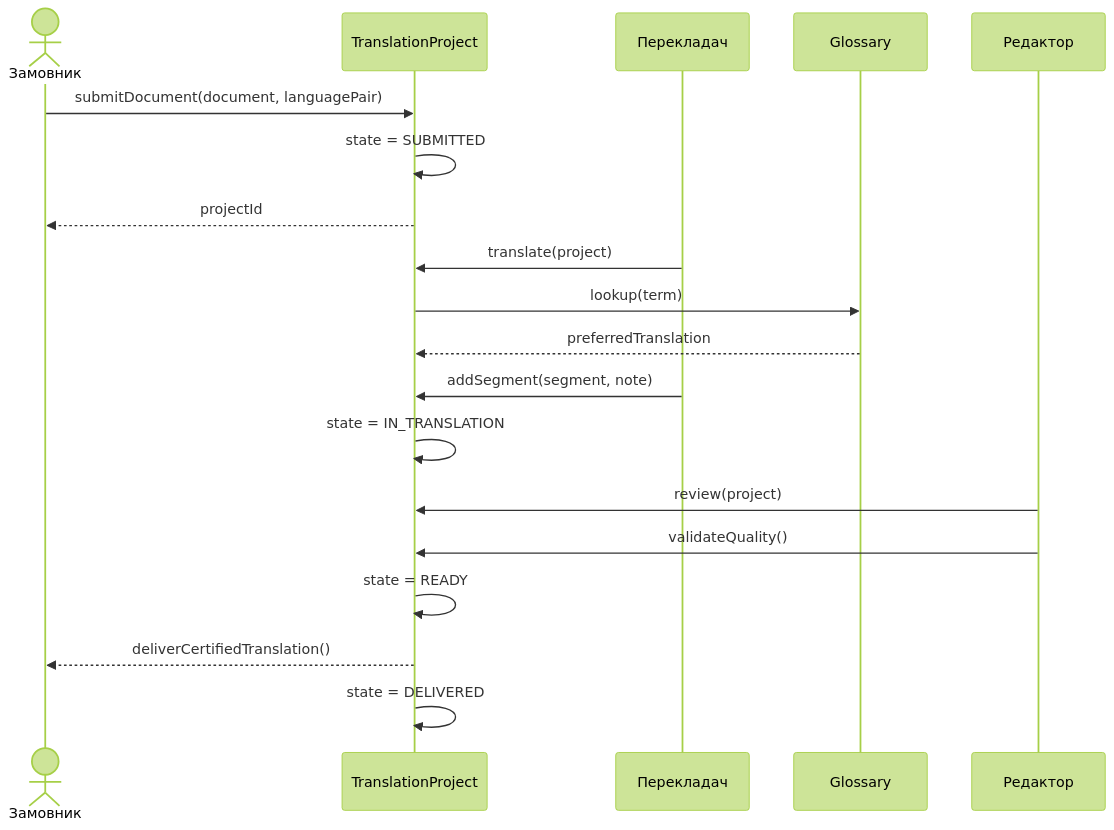
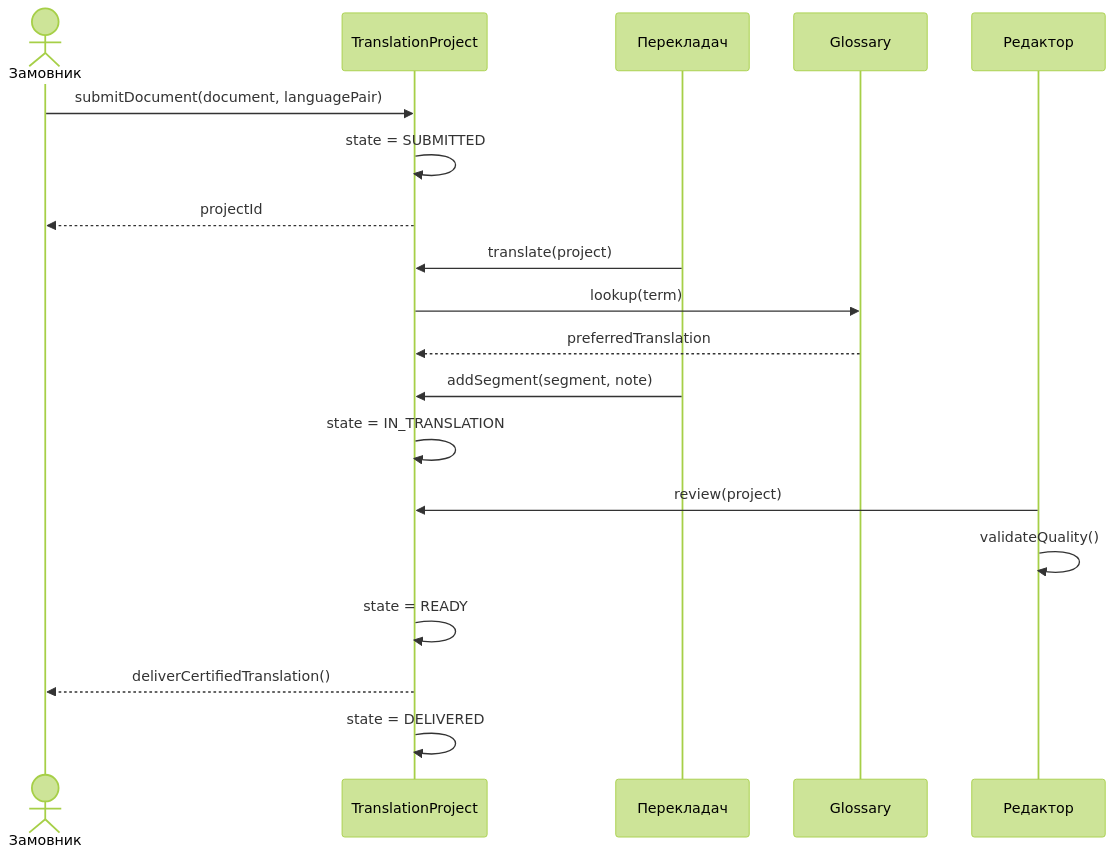
One commit to tetoraillia/translationservice changed the diagram in docs/sequence.mmd. Above: the diagram before and after it, drawn with Mermaid (forest theme). The commit also changed 7 other files, not shown here.

Commit message:
Complete diagram verification and evidence

```diff
--- a/docs/sequence.mmd
+++ b/docs/sequence.mmd
@@ -1,20 +1,20 @@
 sequenceDiagram
   actor Customer as Замовник
   participant Project as TranslationProject
   participant Translator as Перекладач
   participant Glossary as Glossary
   participant Editor as Редактор
 
   Customer->>Project: submitDocument(document, languagePair)
   Project->>Project: state = SUBMITTED
   Project-->>Customer: projectId
   Translator->>Project: translate(project)
   Project->>Glossary: lookup(term)
   Glossary-->>Project: preferredTranslation
   Translator->>Project: addSegment(segment, note)
   Project->>Project: state = IN_TRANSLATION
   Editor->>Project: review(project)
-  Editor->>Project: validateQuality()
+  Editor->>Editor: validateQuality()
   Project->>Project: state = READY
   Project-->>Customer: deliverCertifiedTranslation()
   Project->>Project: state = DELIVERED
```
